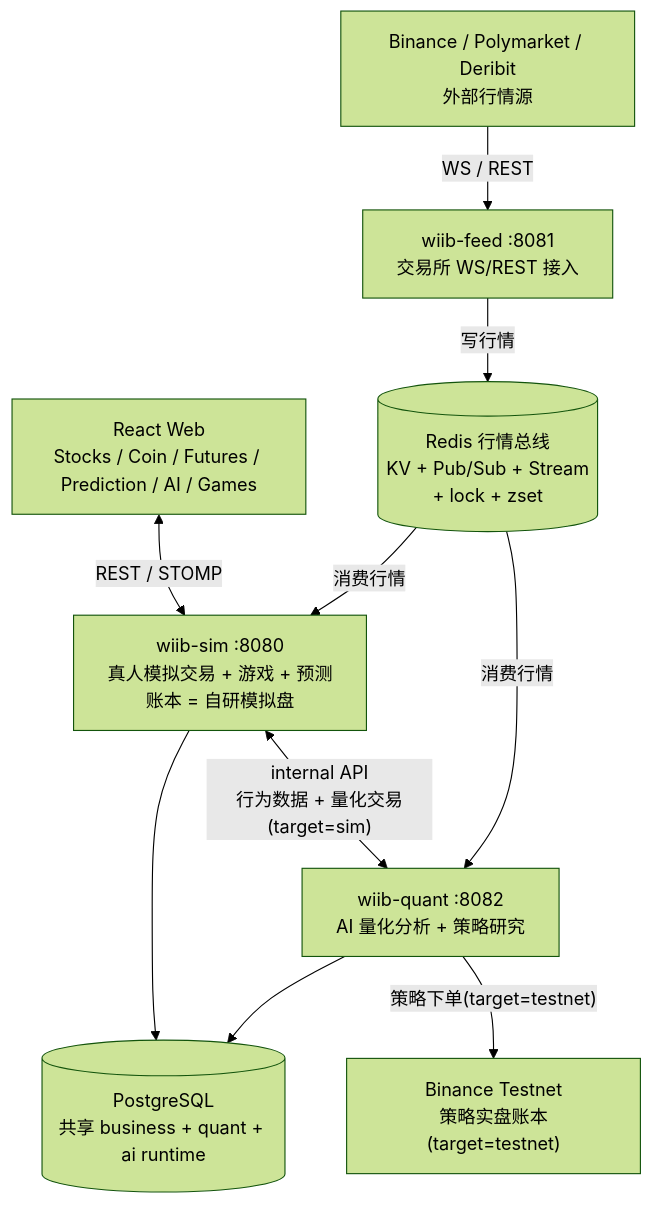
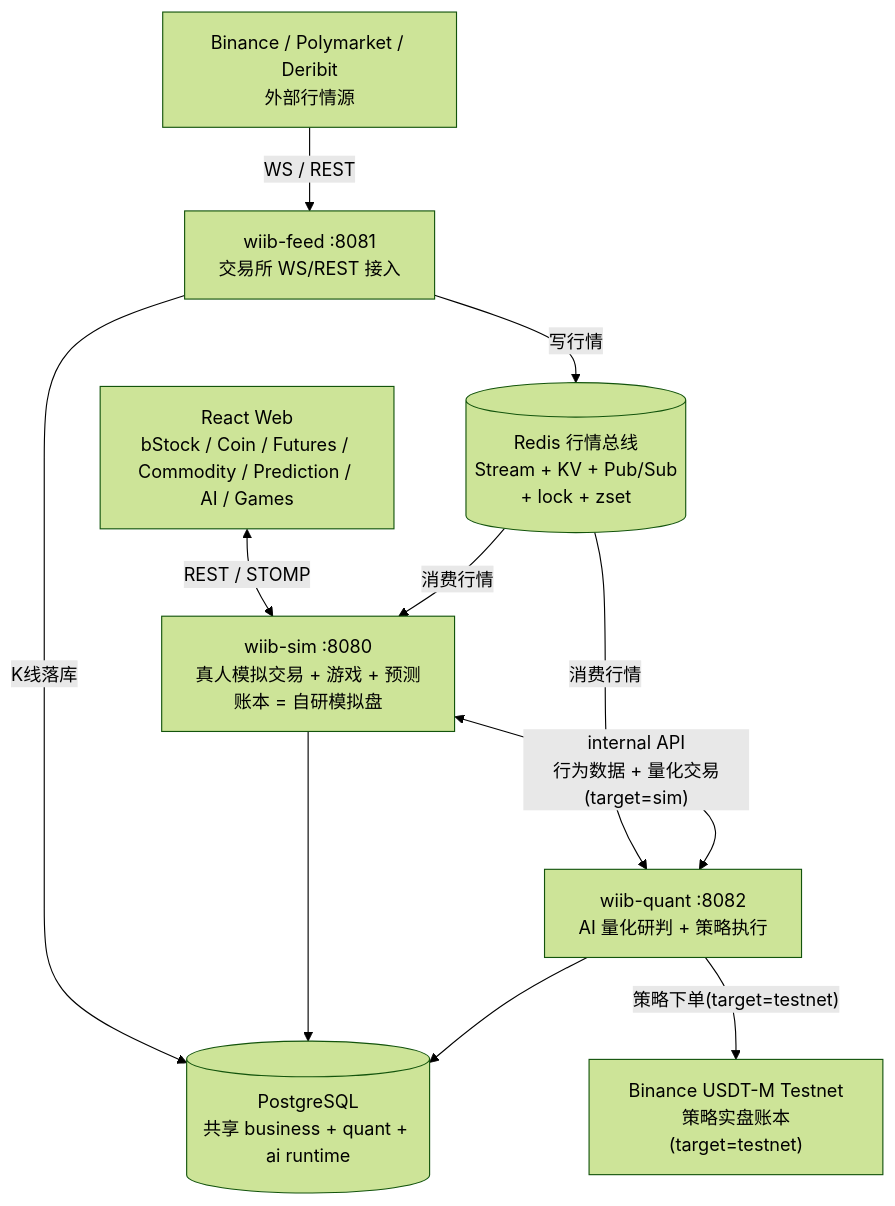
The first of 2 diagrams in README.md (mamawai/wtfibought), drawn with Mermaid (forest theme) before and after one commit. The commit also changed other lines of this file and 5 other files, not shown here.

````diff
--- a/README.md
+++ b/README.md
@@ -113,21 +106,22 @@
 ```mermaid
 flowchart TD
-    UI["React Web<br/>Stocks / Coin / Futures / Prediction / AI / Games"]
+    UI["React Web<br/>bStock / Coin / Futures / Commodity / Prediction / AI / Games"]
     EXC["Binance / Polymarket / Deribit<br/>外部行情源"]
     FEED["wiib-feed :8081<br/>交易所 WS/REST 接入"]
     SIM["wiib-sim :8080<br/>真人模拟交易 + 游戏 + 预测<br/>账本 = 自研模拟盘"]
-    QUANT["wiib-quant :8082<br/>AI 量化分析 + 策略研究"]
+    QUANT["wiib-quant :8082<br/>AI 量化研判 + 策略执行"]
     DB[("PostgreSQL<br/>共享 business + quant + ai runtime")]
-    REDIS[("Redis 行情总线<br/>KV + Pub/Sub + Stream<br/>+ lock + zset")]
-    TESTNET["Binance Testnet<br/>策略实盘账本(target=testnet)"]
+    REDIS[("Redis 行情总线<br/>Stream + KV + Pub/Sub<br/>+ lock + zset")]
+    TESTNET["Binance USDT-M Testnet<br/>策略实盘账本(target=testnet)"]
 
     EXC -->|WS / REST| FEED
     FEED -->|写行情| REDIS
+    FEED -->|K线落库| DB
     UI <-->|REST / STOMP| SIM
     REDIS -->|消费行情| SIM
     REDIS -->|消费行情| QUANT
     SIM --> DB
     QUANT --> DB
     SIM <-->|"internal API<br/>行为数据 + 量化交易(target=sim)"| QUANT
     QUANT -->|"策略下单(target=testnet)"| TESTNET
 ```
````
